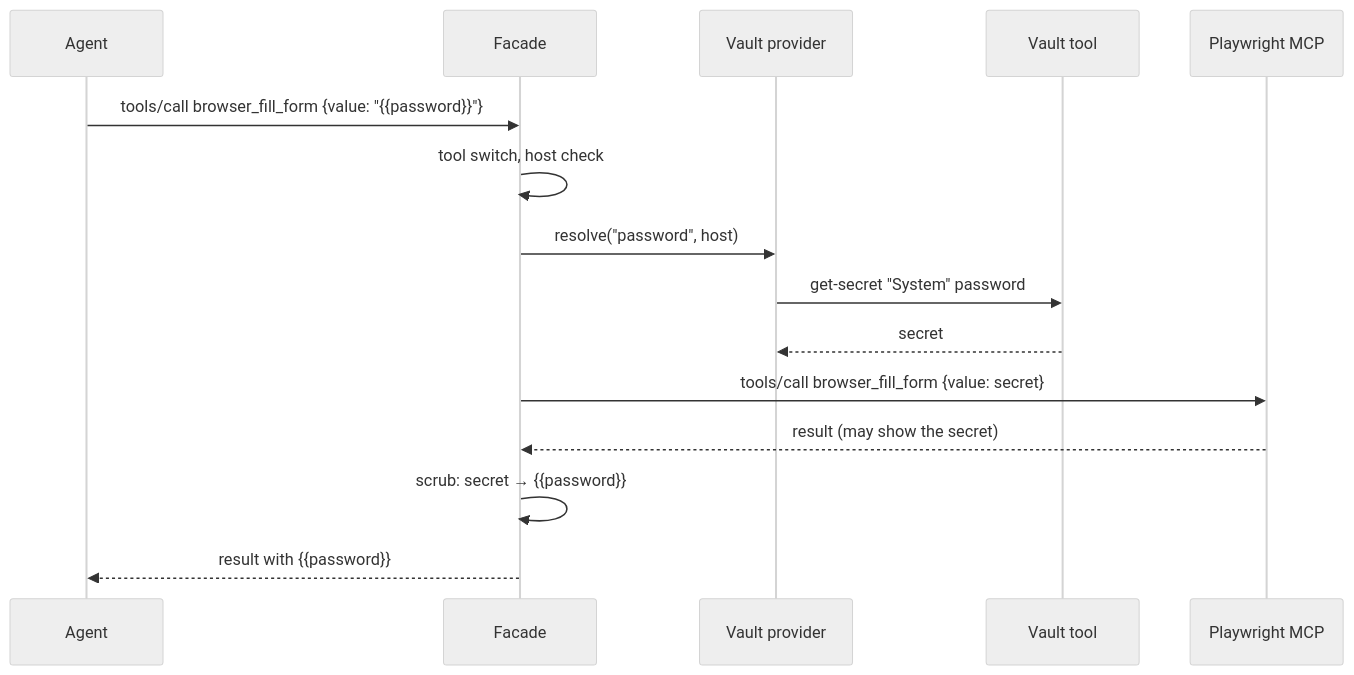
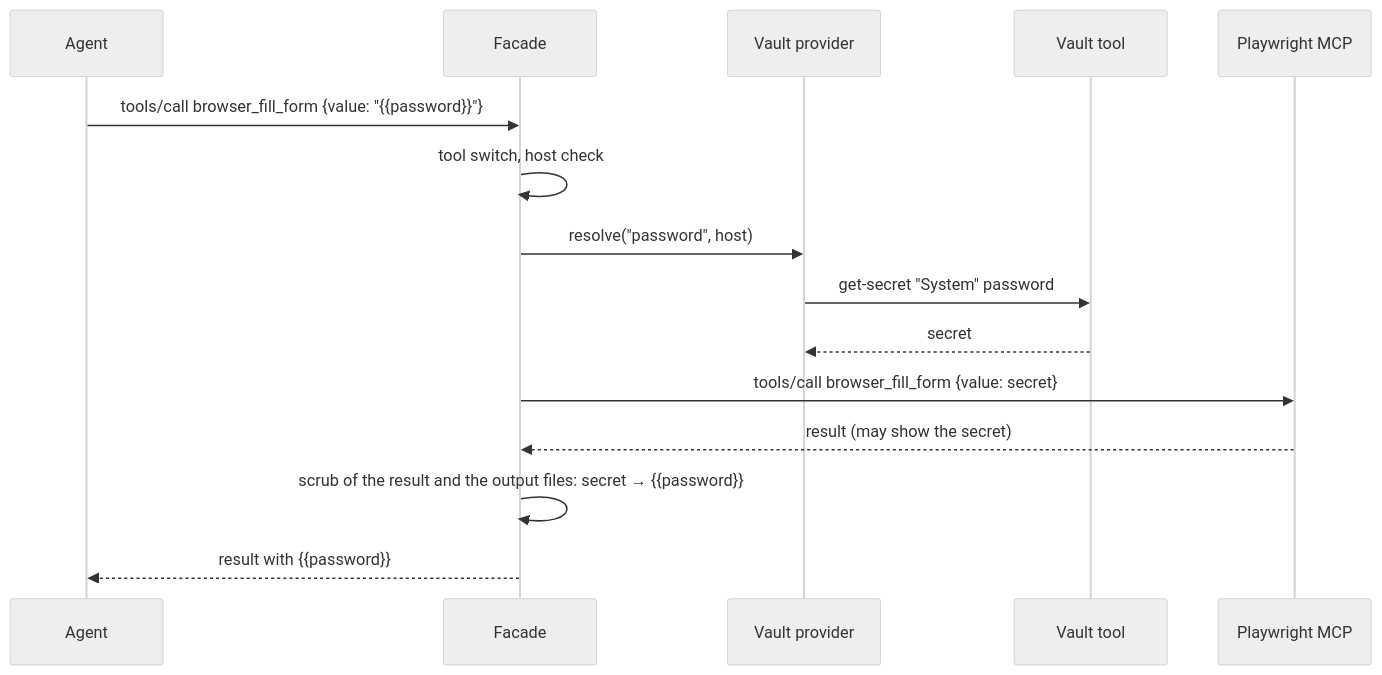
The fourth of 6 diagrams in tools/browser-tool-facades/sdd/DESIGN.md (npstash/shared), drawn with Mermaid (neutral theme) before and after one commit. The commit also changed other lines of this file and 8 other files, not shown here.

Commit message:
Scrub filled values from upstream output files; add the browser-cookie-consent rule

````diff
--- a/tools/browser-tool-facades/sdd/DESIGN.md
+++ b/tools/browser-tool-facades/sdd/DESIGN.md
@@ -159,12 +160,12 @@
 ```mermaid
 sequenceDiagram
     Agent->>Facade: tools/call browser_fill_form {value: "{{password}}"}
     Facade->>Facade: tool switch, host check
     Facade->>Vault provider: resolve("password", host)
     Vault provider->>Vault tool: get-secret "System" password
     Vault tool-->>Vault provider: secret
     Facade->>Playwright MCP: tools/call browser_fill_form {value: secret}
     Playwright MCP-->>Facade: result (may show the secret)
-    Facade->>Facade: scrub: secret → {{password}}
+    Facade->>Facade: scrub of the result and the output files: secret → {{password}}
     Facade-->>Agent: result with {{password}}
 ```
````
